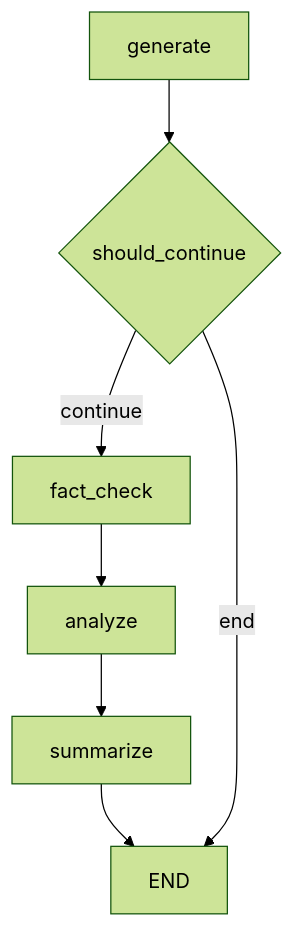
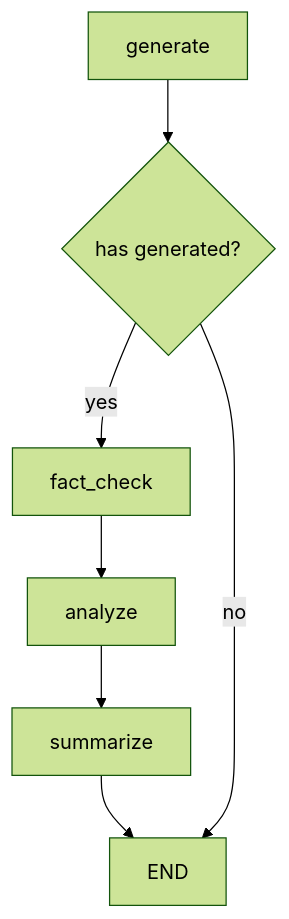
The second of 2 diagrams in README.md (sheikkinen/langgraph-showcase), drawn with Mermaid (forest theme) before and after one commit. The commit also changed other lines of this file and 11 other files, not shown here.

````diff
--- a/README.md
+++ b/README.md
@@ -392,9 +436,9 @@
 ```mermaid
 graph TD
-    A[generate] --> B{should_continue}
-    B -->|continue| C[fact_check]
+    A[generate] --> B{has generated?}
+    B -->|yes| C[fact_check]
     C --> D[analyze]
     D --> E[summarize]
     E --> F[END]
-    B -->|end| F
+    B -->|no| F
 ```
````
